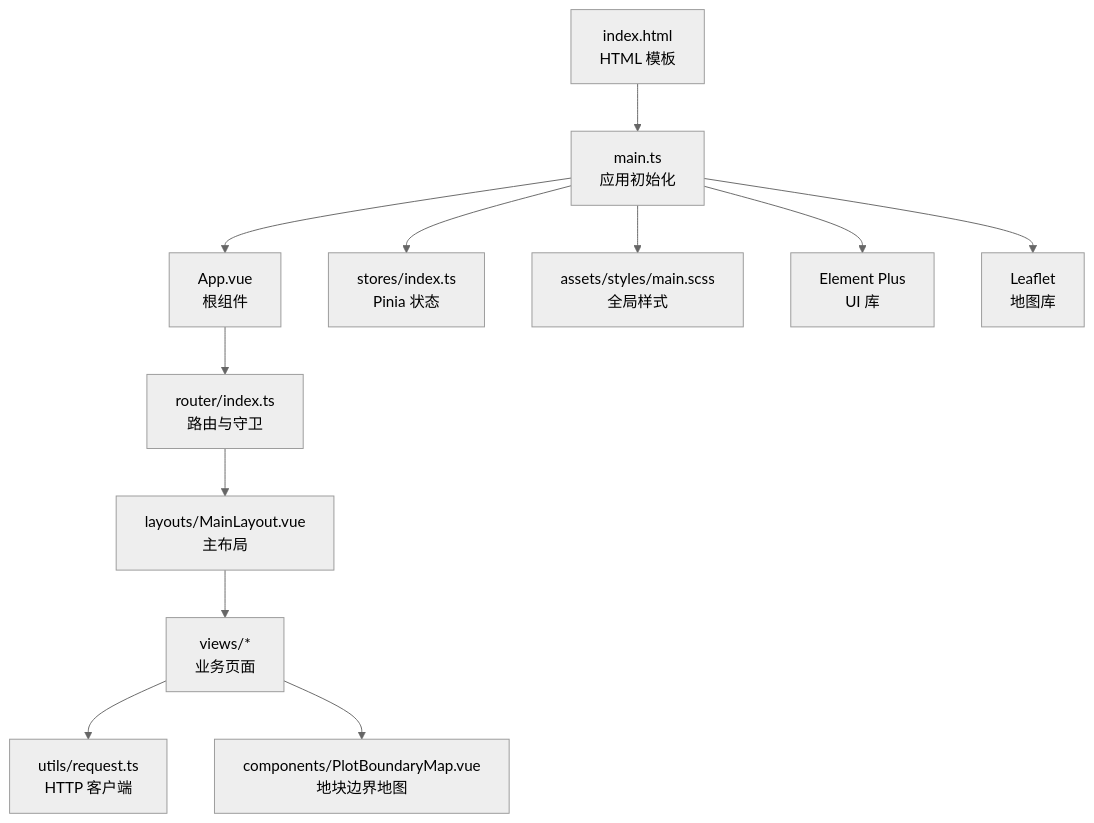
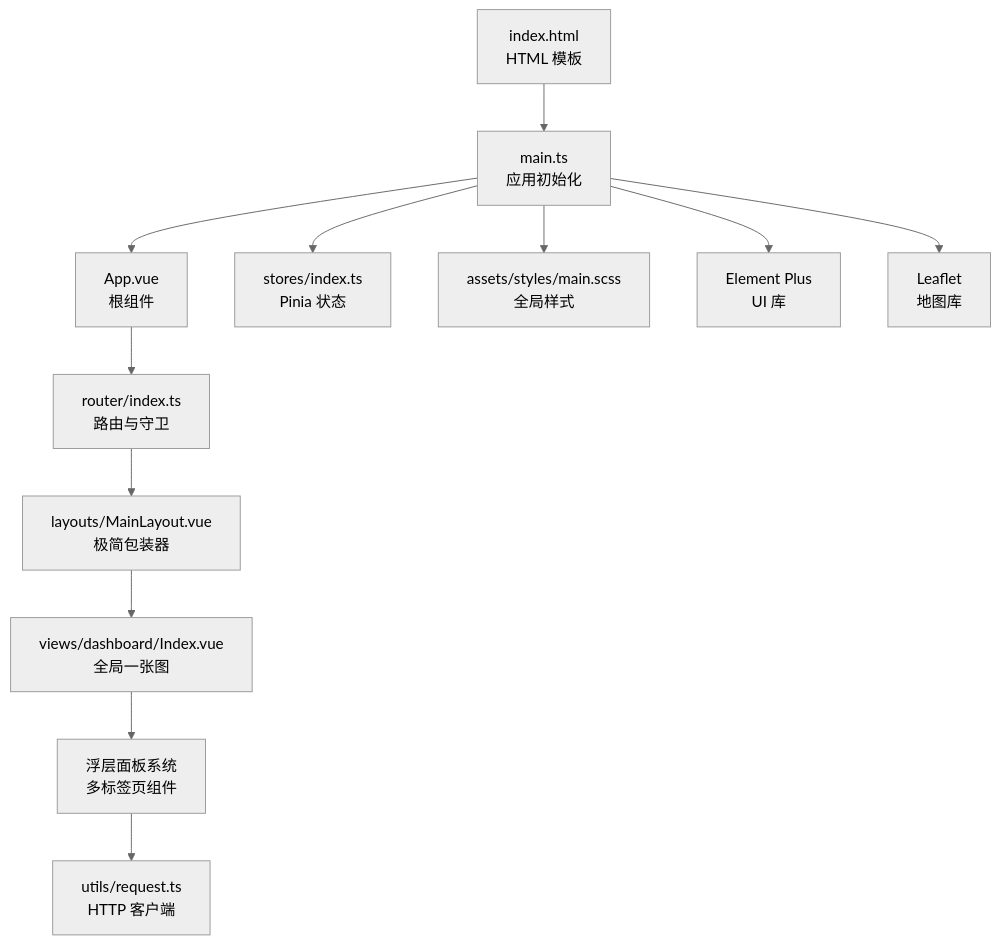
One commit to q446328246/agri-platform changed the first of 11 diagrams in .qoder/repowiki/zh/content/前端应用文档/应用架构.md. Above: the diagram before and after it, drawn with Mermaid (neutral theme). The commit also changed other lines of this file and 39 other files, not shown here.

````diff
--- a/.qoder/repowiki/zh/content/前端应用文档/应用架构.md
+++ b/.qoder/repowiki/zh/content/前端应用文档/应用架构.md
@@ -47,14 +57,14 @@
 ```mermaid
 graph TB
 HTML["index.html<br/>HTML 模板"] --> MAIN["main.ts<br/>应用初始化"]
 MAIN --> APP["App.vue<br/>根组件"]
 APP --> ROUTER["router/index.ts<br/>路由与守卫"]
-ROUTER --> LAYOUT["layouts/MainLayout.vue<br/>主布局"]
-LAYOUT --> VIEWS["views/*<br/>业务页面"]
+ROUTER --> LAYOUT["layouts/MainLayout.vue<br/>极简包装器"]
+LAYOUT --> DASHBOARD["views/dashboard/Index.vue<br/>全局一张图"]
+DASHBOARD --> PANELS["浮层面板系统<br/>多标签页组件"]
 MAIN --> STORES["stores/index.ts<br/>Pinia 状态"]
 MAIN --> STYLES["assets/styles/main.scss<br/>全局样式"]
 MAIN --> ELEMENT["Element Plus<br/>UI 库"]
 MAIN --> LEAFLET["Leaflet<br/>地图库"]
-VIEWS --> REQUEST["utils/request.ts<br/>HTTP 客户端"]
-VIEWS --> MAPCOMP["components/PlotBoundaryMap.vue<br/>地块边界地图"]
+PANELS --> REQUEST["utils/request.ts<br/>HTTP 客户端"]
 ```
````
